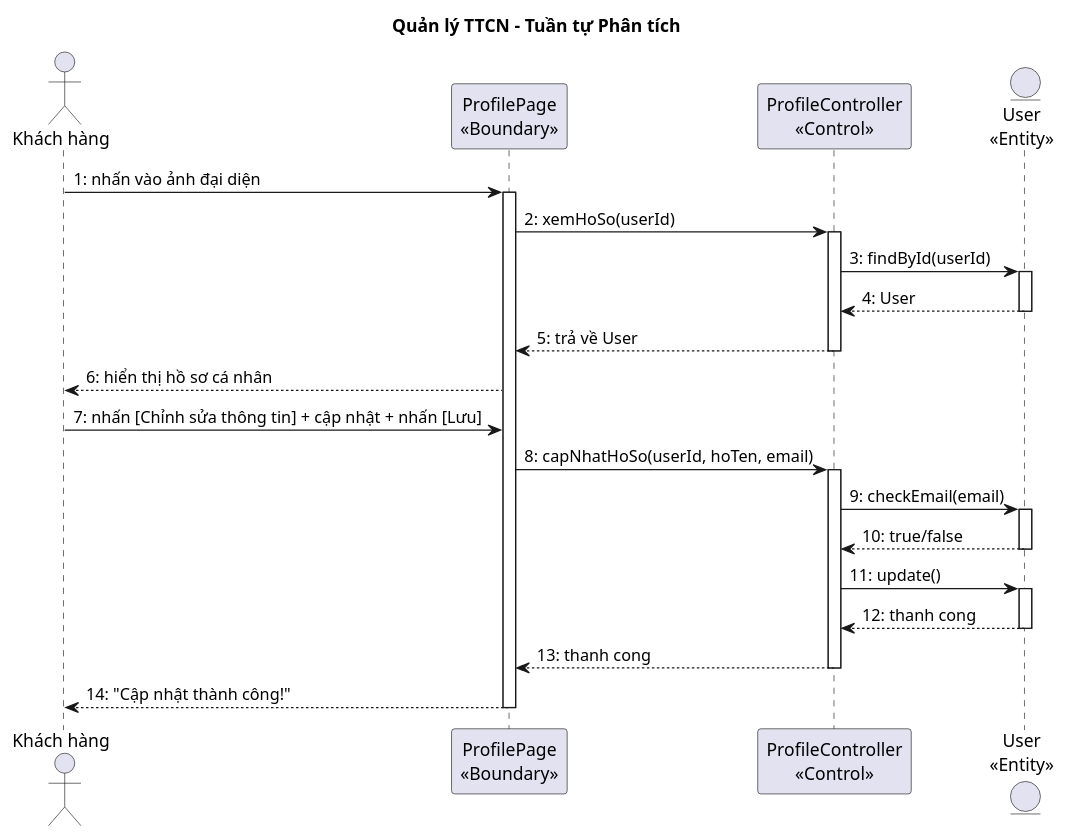
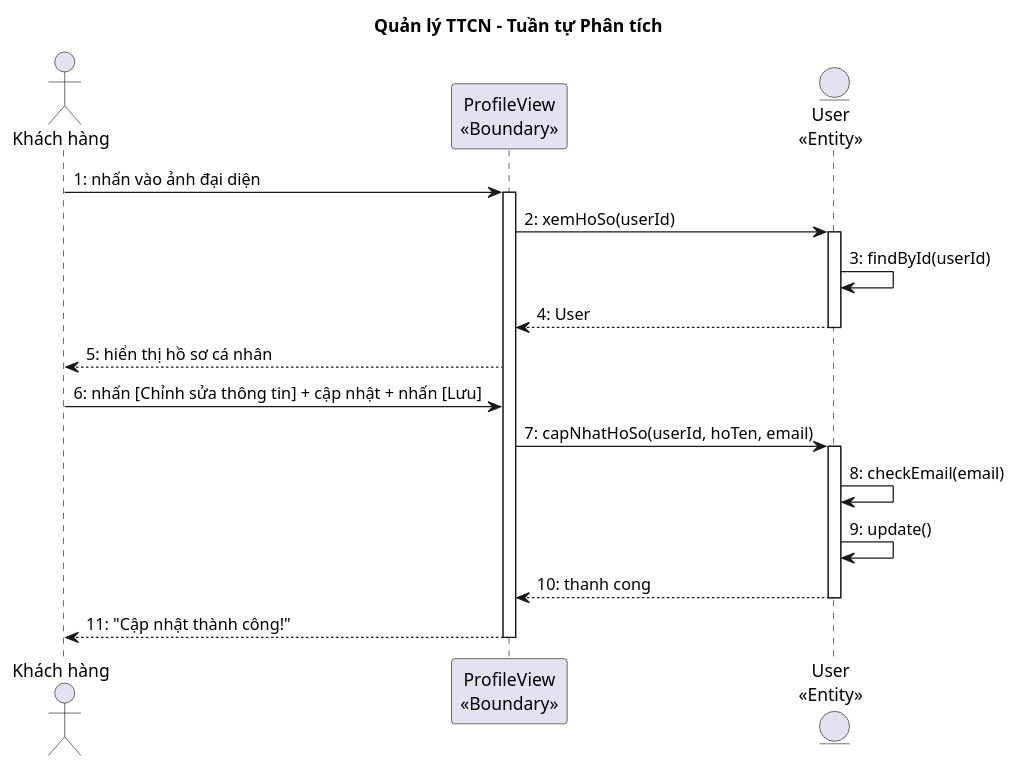
The fourth of 5 diagrams in docs/tabs/section-account-ii.md (thanhtrnnn/cnpm), drawn with PlantUML before and after one commit. The commit also changed other lines of this file and 7 other files, not shown here.

First line of the commit message:
fix: analysis phase — View suffix, no Controller, methods on Entity

````diff
--- a/docs/tabs/section-account-ii.md
+++ b/docs/tabs/section-account-ii.md
@@ -396,37 +394,27 @@
 ```plantuml
 @startuml
 title Quản lý TTCN – Tuần tự Phân tích
 
 actor "Khách hàng" as KH
-participant "ProfilePage\n<<Boundary>>" as B1
-participant "ProfileController\n<<Control>>" as C1
+participant "ProfileView\n<<Boundary>>" as B1
 entity "User\n<<Entity>>" as E1
 
 KH -> B1 : 1: nhấn vào ảnh đại diện
 activate B1
-B1 -> C1 : 2: xemHoSo(userId)
-activate C1
-C1 -> E1 : 3: findById(userId)
+B1 -> E1 : 2: xemHoSo(userId)
 activate E1
-E1 --> C1 : 4: User
+E1 -> E1 : 3: findById(userId)
+E1 --> B1 : 4: User
 deactivate E1
-C1 --> B1 : 5: trả về User
-deactivate C1
-B1 --> KH : 6: hiển thị hồ sơ cá nhân
-KH -> B1 : 7: nhấn [Chỉnh sửa thông tin] + cập nhật + nhấn [Lưu]
-B1 -> C1 : 8: capNhatHoSo(userId, hoTen, email)
-activate C1
-C1 -> E1 : 9: checkEmail(email)
+B1 --> KH : 5: hiển thị hồ sơ cá nhân
+KH -> B1 : 6: nhấn [Chỉnh sửa thông tin] + cập nhật + nhấn [Lưu]
+B1 -> E1 : 7: capNhatHoSo(userId, hoTen, email)
 activate E1
-E1 --> C1 : 10: true/false
+E1 -> E1 : 8: checkEmail(email)
+E1 -> E1 : 9: update()
+E1 --> B1 : 10: thanh cong
 deactivate E1
-C1 -> E1 : 11: update()
-activate E1
-E1 --> C1 : 12: thanh cong
-deactivate E1
-C1 --> B1 : 13: thanh cong
-deactivate C1
-B1 --> KH : 14: "Cập nhật thành công!"
+B1 --> KH : 11: "Cập nhật thành công!"
 deactivate B1
 @enduml
 ```
````
